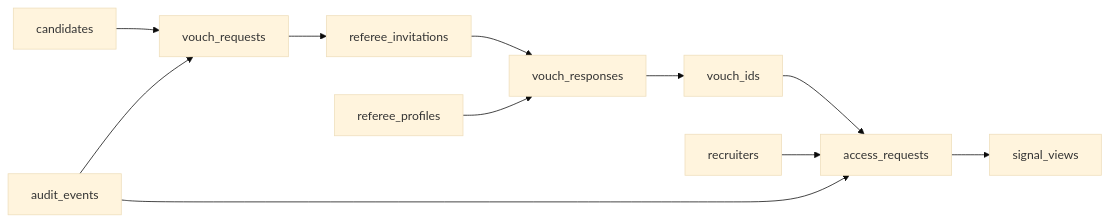
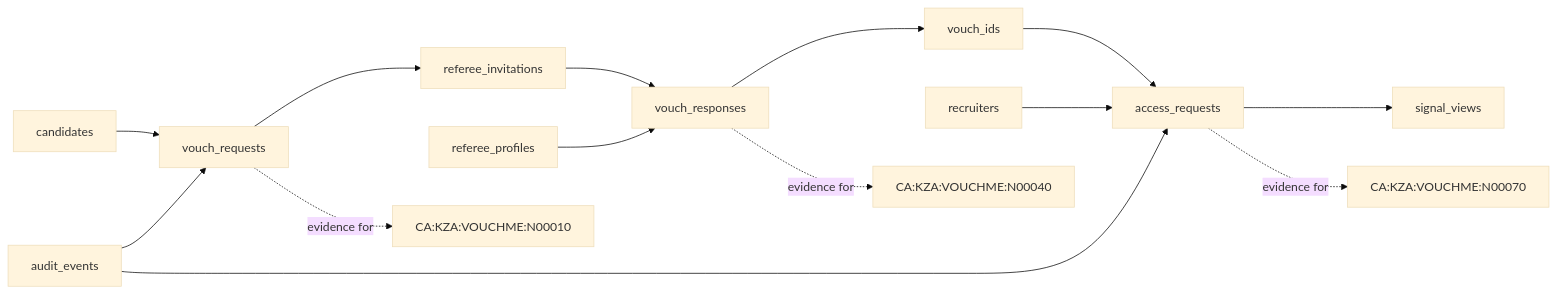
Before and after one commit to kza-hps/contextatlas: the diagram in examples/vouchme/context-atlas/diagrams/L3-data-service-map.mmd, drawn with Mermaid (base theme). The commit also changed 30 other files, not shown here.

```diff
--- a/examples/vouchme/context-atlas/diagrams/L3-data-service-map.mmd
+++ b/examples/vouchme/context-atlas/diagrams/L3-data-service-map.mmd
@@ -1,11 +1,14 @@
 flowchart LR
   A["candidates"] --> B["vouch_requests"]
   B --> C["referee_invitations"]
   C --> D["vouch_responses"]
   D --> E["vouch_ids"]
   E --> F["access_requests"]
   F --> G["signal_views"]
   H["referee_profiles"] --> D
   I["recruiters"] --> F
   J["audit_events"] --> B
   J --> F
+  B -. "evidence for" .-> N10["CA:KZA:VOUCHME:N00010"]
+  D -. "evidence for" .-> N40["CA:KZA:VOUCHME:N00040"]
+  F -. "evidence for" .-> N70["CA:KZA:VOUCHME:N00070"]
```
